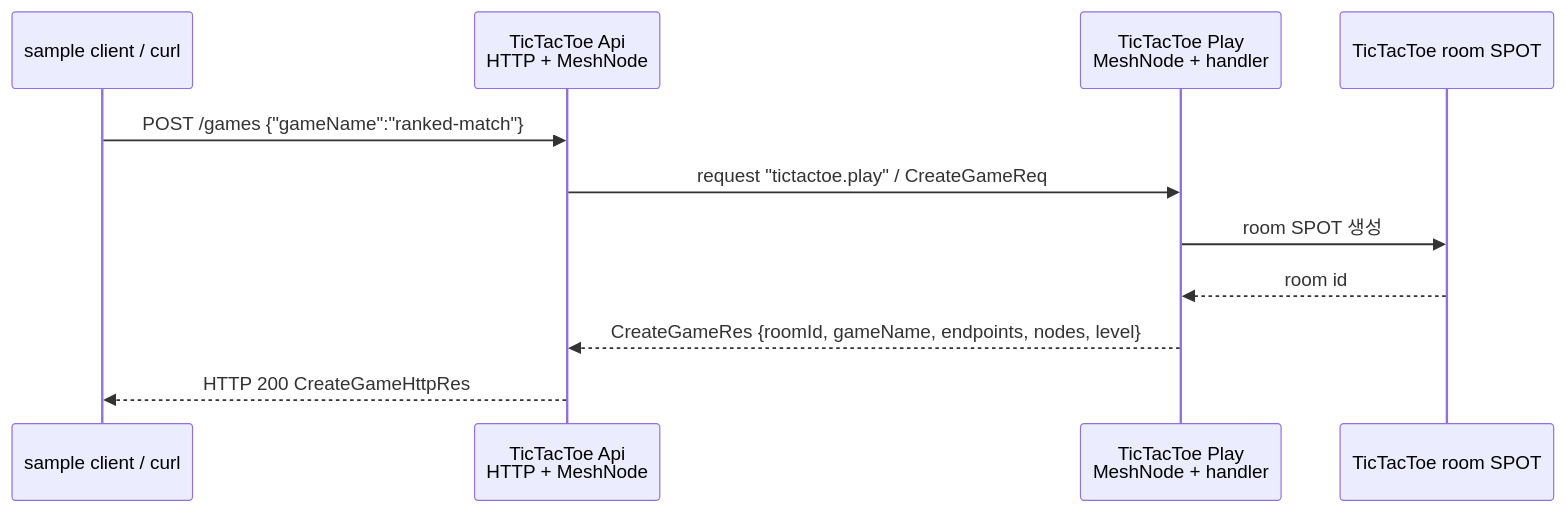
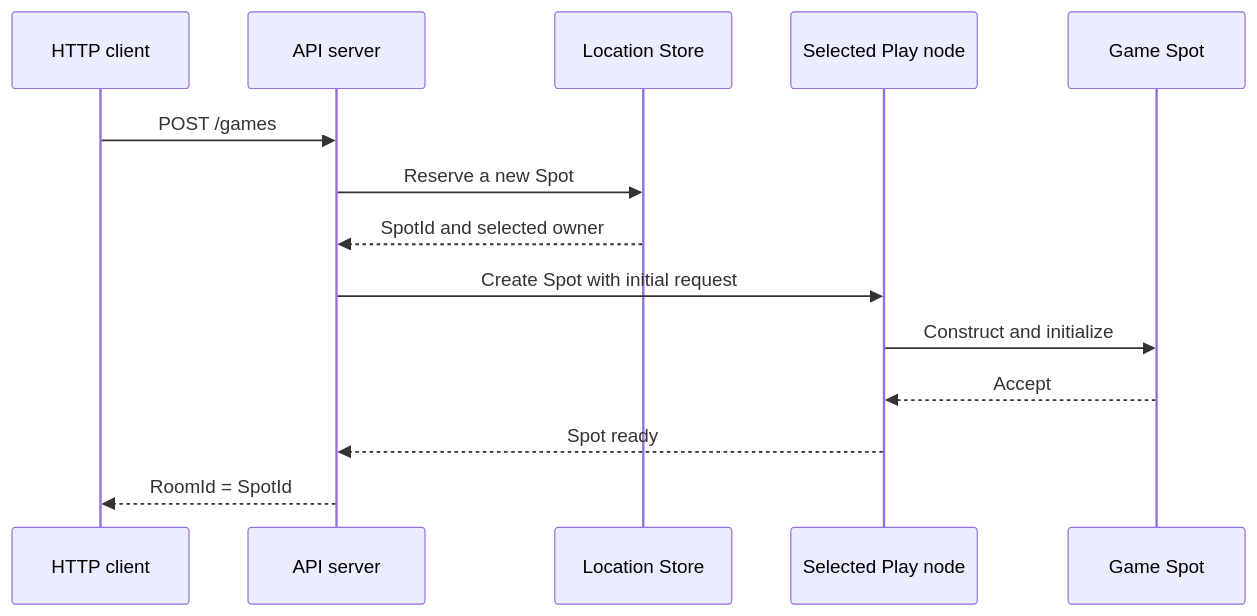
Before and after one commit to kairos-code-dev/zlink: the diagram in framework/doc/framework/cpp/guide/server/02-getting-started.ko.md, drawn with Mermaid. The commit also changed other lines of this file and 6 other files, not shown here.

````diff
--- a/framework/doc/framework/cpp/guide/server/02-getting-started.ko.md
+++ b/framework/doc/framework/cpp/guide/server/02-getting-started.ko.md
@@ -36,14 +131,17 @@
 ```mermaid
 sequenceDiagram
-    participant Client as sample client / curl
-    participant Api as TicTacToe Api<br/>HTTP + MeshNode
-    participant Play as TicTacToe Play<br/>MeshNode + handler
-    participant Spot as TicTacToe room SPOT
+    participant Client as HTTP client
+    participant Api as API server
+    participant Store as Location Store
+    participant Play as Selected Play node
+    participant Spot as Game Spot
 
-    Client->>Api: POST /games {"gameName":"ranked-match"}
-    Api->>Play: request "tictactoe.play" / CreateGameReq
-    Play->>Spot: room SPOT 생성
-    Spot-->>Play: room id
-    Play-->>Api: CreateGameRes {roomId, gameName, endpoints, nodes, level}
-    Api-->>Client: HTTP 200 CreateGameHttpRes
+    Client->>Api: POST /games
+    Api->>Store: Reserve a new Spot
+    Store-->>Api: SpotId and selected owner
+    Api->>Play: Create Spot with initial request
+    Play->>Spot: Construct and initialize
+    Spot-->>Play: Accept
+    Play-->>Api: Spot ready
+    Api-->>Client: RoomId = SpotId
 ```
````
